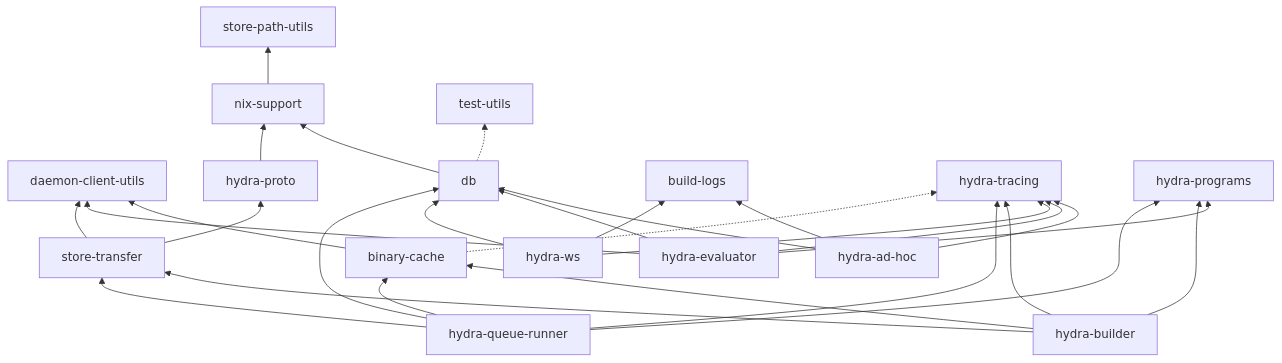
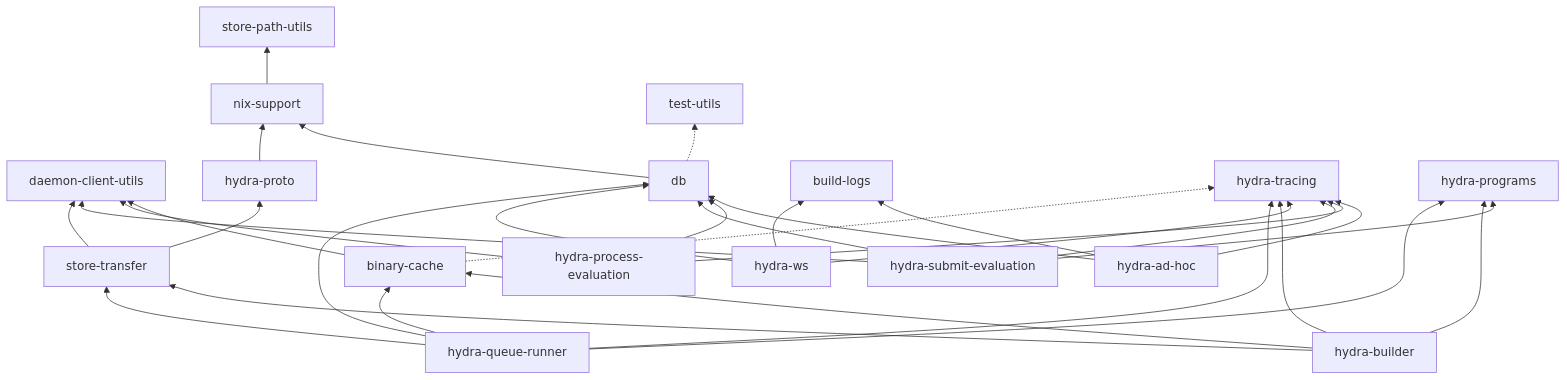
Before and after one commit to NixOS/hydra: the diagram in subprojects/hydra-manual/src/architecture.md, drawn with Mermaid. The commit also changed other lines of this file and 101 other files, not shown here.

````diff
--- a/subprojects/hydra-manual/src/architecture.md
+++ b/subprojects/hydra-manual/src/architecture.md
@@ -78,30 +83,33 @@
 ```mermaid
 graph BT
     binary-cache --> daemon-client-utils
     nix-support --> store-path-utils
     db --> nix-support
     hydra-proto --> nix-support
     hydra-ad-hoc --> build-logs
     hydra-ad-hoc --> db
     hydra-ad-hoc --> hydra-tracing
-    hydra-evaluator --> daemon-client-utils
-    hydra-evaluator --> db
-    hydra-evaluator --> hydra-programs
-    hydra-evaluator --> hydra-tracing
+    hydra-process-evaluation --> daemon-client-utils
+    hydra-process-evaluation --> db
+    hydra-process-evaluation --> hydra-tracing
+    hydra-submit-evaluation --> daemon-client-utils
+    hydra-submit-evaluation --> db
+    hydra-submit-evaluation --> hydra-programs
+    hydra-submit-evaluation --> hydra-tracing
     hydra-ws --> build-logs
     hydra-ws --> db
     hydra-ws --> hydra-tracing
     store-transfer --> daemon-client-utils
     store-transfer --> hydra-proto
     hydra-builder --> binary-cache
     hydra-builder --> hydra-programs
     hydra-builder --> hydra-tracing
     hydra-builder --> store-transfer
     hydra-queue-runner --> binary-cache
     hydra-queue-runner --> db
     hydra-queue-runner --> hydra-programs
     hydra-queue-runner --> hydra-tracing
     hydra-queue-runner --> store-transfer
     binary-cache -.-> hydra-tracing
     db -.-> test-utils
 ```
````
